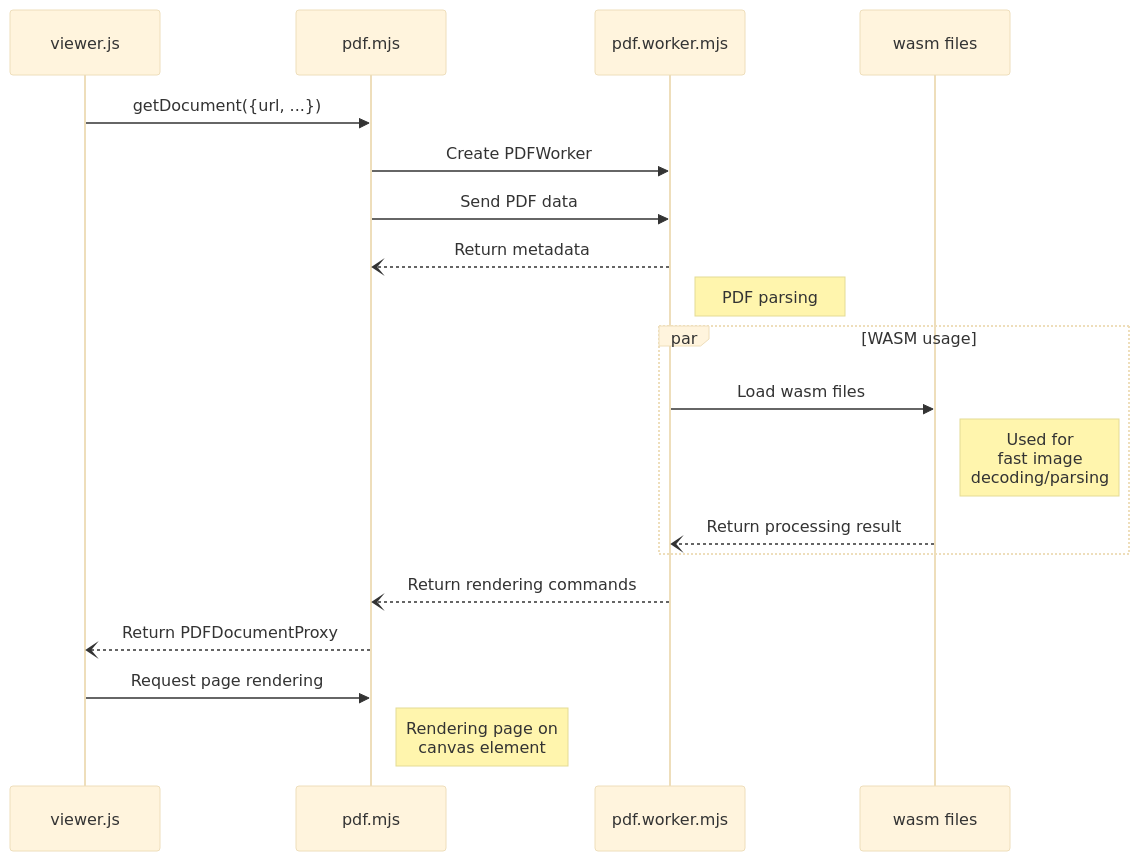
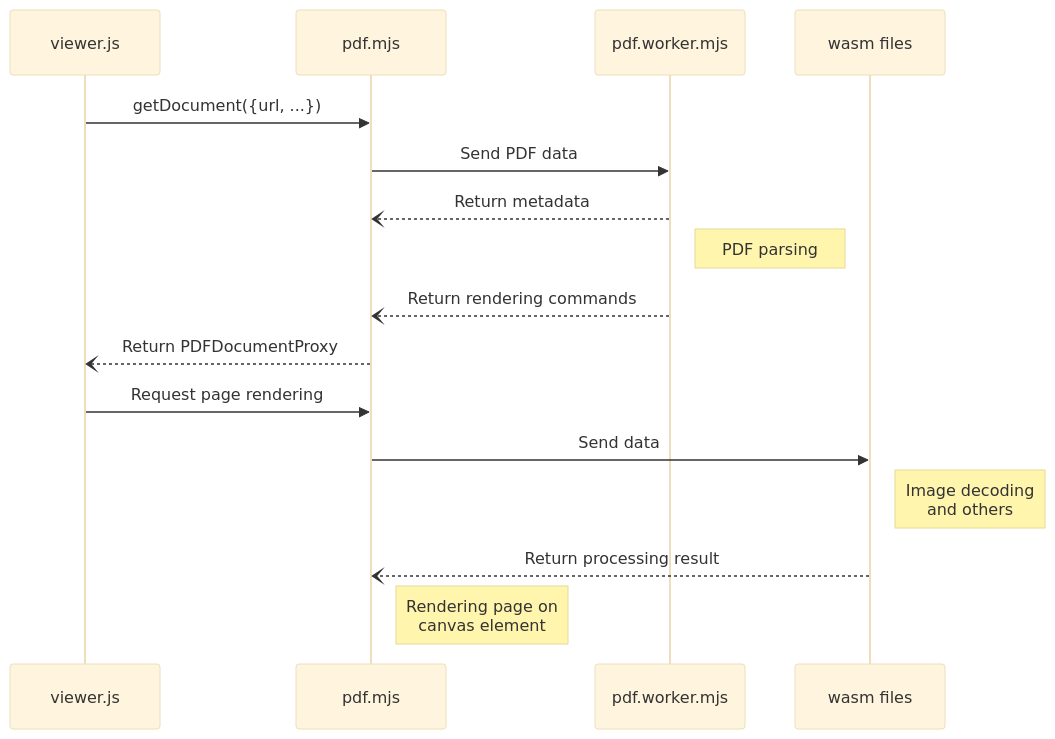
One commit to tamuratak/latex-toybox changed the diagram in viewer/arch_of_pdfjs.md. Above: the diagram before and after it, drawn with Mermaid (base theme).

Commit message:
fix: Update sequence diagram in arch_of_pdfjs.md [skip ci]

````diff
--- a/viewer/arch_of_pdfjs.md
+++ b/viewer/arch_of_pdfjs.md
@@ -3,24 +3,22 @@
 ```mermaid
 sequenceDiagram
     participant ViewerJS as viewer.js
     participant PDFJS as pdf.mjs
     participant WorkerJS as pdf.worker.mjs
     participant Wasm as wasm files
 
     ViewerJS->>PDFJS: getDocument({url, ...})
-    PDFJS->>WorkerJS: Create PDFWorker
     PDFJS->>WorkerJS: Send PDF data
     WorkerJS--)PDFJS: Return metadata
 
     Note right of WorkerJS: PDF parsing
-    par WASM usage
-        WorkerJS->>Wasm: Load wasm files
-        Note right of Wasm: Used for<br> fast image <br>decoding/parsing
-        Wasm--)WorkerJS: Return processing result
-    end
 
     WorkerJS--)PDFJS: Return rendering commands
     PDFJS--)ViewerJS: Return PDFDocumentProxy
     ViewerJS->>PDFJS: Request page rendering
+    PDFJS->>Wasm: Send data
+    Note right of Wasm: Image decoding<br> and others
+    Wasm--)PDFJS: Return processing result
+
     Note right of PDFJS: Rendering page on <br> canvas element
 ```
````
